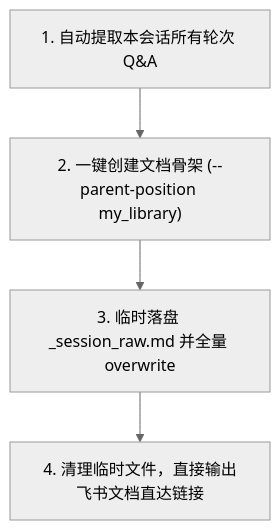
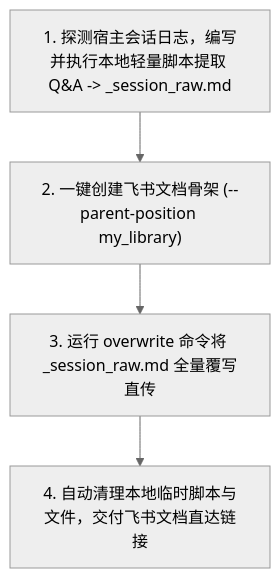
The diagram in sh-lark-session-doc/SKILL.md (shihao-hub/td-agents-skills), drawn with Mermaid (neutral theme) before and after one commit. The commit also changed other lines of this file, not shown here.

Commit message:
feat(skill): reinforce sh-lark-session-doc with local transcript script guidance and zero-token cost rule

````diff
--- a/sh-lark-session-doc/SKILL.md
+++ b/sh-lark-session-doc/SKILL.md
@@ -17,6 +20,6 @@
 ```mermaid
 flowchart TD
-    A["1. 自动提取本会话所有轮次 Q&A"] --> B["2. 一键创建文档骨架 (--parent-position my_library)"]
-    B --> C["3. 临时落盘 _session_raw.md 并全量 overwrite"]
-    C --> D["4. 清理临时文件，直接输出飞书文档直达链接"]
+    A["1. 探测宿主会话日志，编写并执行本地轻量脚本提取 Q&A -> _session_raw.md"] --> B["2. 一键创建飞书文档骨架 (--parent-position my_library)"]
+    B --> C["3. 运行 overwrite 命令将 _session_raw.md 全量覆写直传"]
+    C --> D["4. 自动清理本地临时脚本与文件，交付飞书文档直达链接"]
 ```
````
